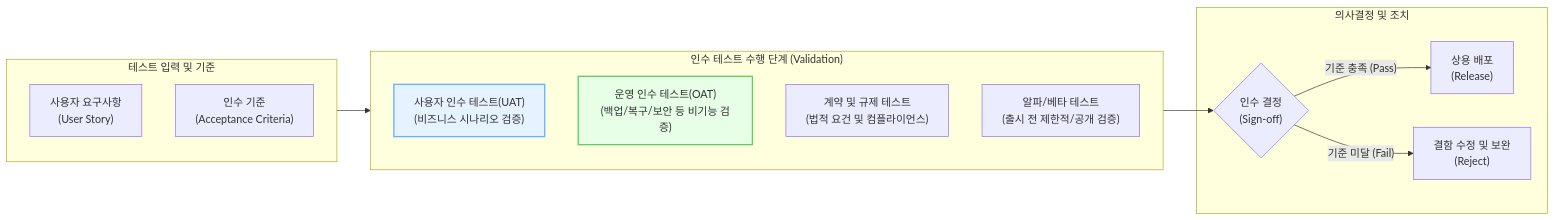
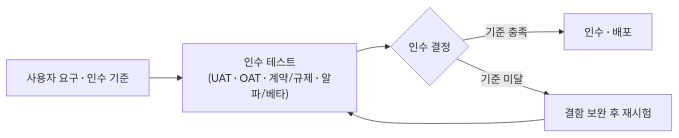
The diagram in content/01_IT Tech/인수 테스트.md (supremethumb/supremethumb.github.io), drawn with Mermaid before and after one commit. The commit also changed other lines of this file and 1087 other files, not shown here.

````diff
--- a/content/01_IT Tech/인수 테스트.md
+++ b/content/01_IT Tech/인수 테스트.md
@@ -27,30 +35,8 @@
 ```mermaid
 flowchart LR
-    subgraph Input ["테스트 입력 및 기준"]
-        Req["사용자 요구사항<br/>(User Story)"]
-        AC["인수 기준<br/>(Acceptance Criteria)"]
-    end
-
-    subgraph Acceptance_Test ["인수 테스트 수행 단계 (Validation)"]
-        direction TB
-        UAT["사용자 인수 테스트(UAT)<br/>(비즈니스 시나리오 검증)"]
-        OAT["운영 인수 테스트(OAT)<br/>(백업/복구/보안 등 비기능 검증)"]
-        Contract["계약 및 규제 테스트<br/>(법적 요건 및 컴플라이언스)"]
-        AlphaBeta["알파/베타 테스트<br/>(출시 전 제한적/공개 검증)"]
-    end
-
-    subgraph Output ["의사결정 및 조치"]
-        Dec{"인수 결정<br/>(Sign-off)"}
-        Release["상용 배포<br/>(Release)"]
-        Reject["결함 수정 및 보완<br/>(Reject)"]
-    end
-
-    Input --> Acceptance_Test
-    Acceptance_Test --> Dec
-    Dec -- "기준 충족 (Pass)" --> Release
-    Dec -- "기준 미달 (Fail)" --> Reject
-
-    style UAT fill:#e6f2ff,stroke:#66b3ff,stroke-width:2px
-    style OAT fill:#e6ffe6,stroke:#66cc66,stroke-width:2px
-
+    IN["사용자 요구 · 인수 기준"] --> T["인수 테스트<br/>(UAT · OAT · 계약/규제 · 알파/베타)"]
+    T --> D{"인수 결정"}
+    D -- "기준 충족" --> R["인수 · 배포"]
+    D -- "기준 미달" --> F["결함 보완 후 재시험"]
+    F --> T
 ```
````
